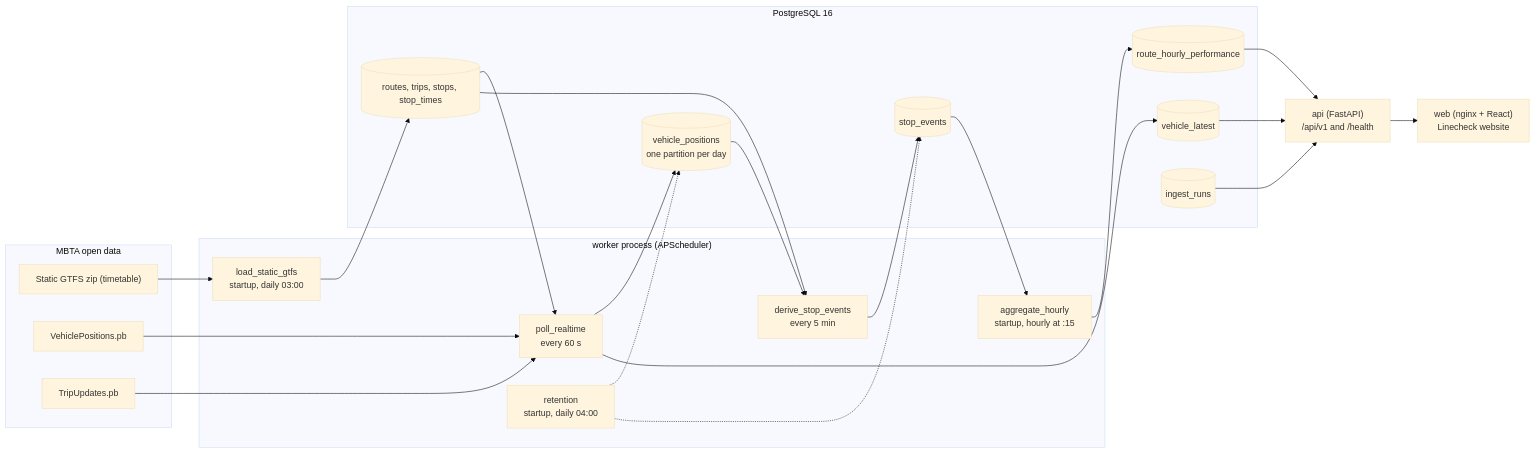
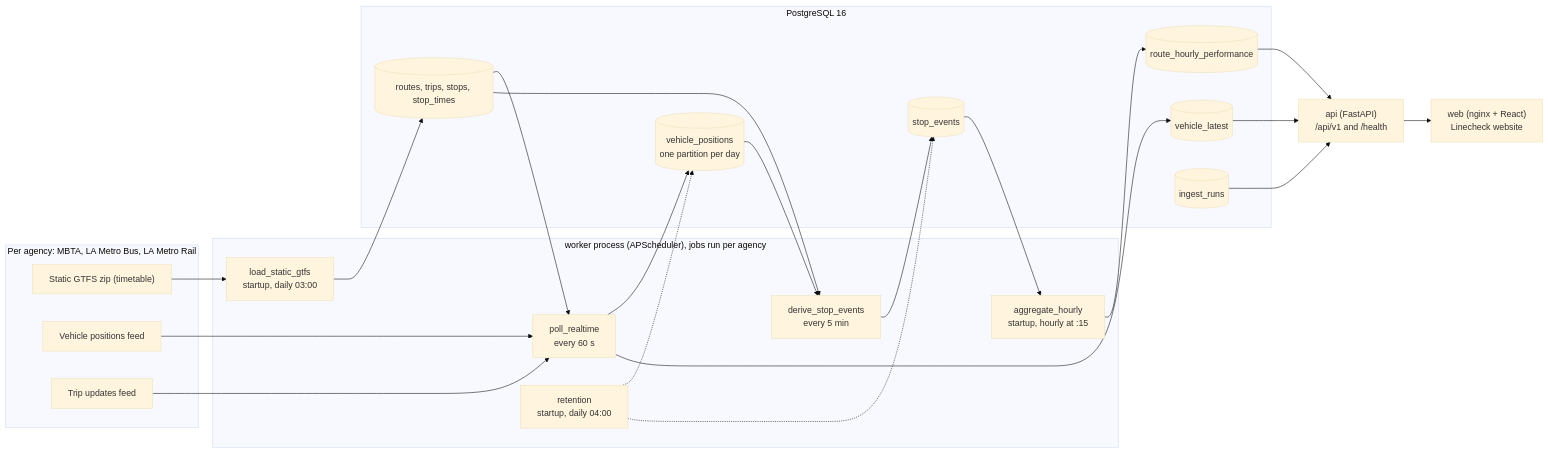
The diagram in README.md (MrCheesePro/urban-transit-monitor), drawn with Mermaid (base theme) before and after one commit. The commit also changed other lines of this file and 77 other files, not shown here.

First line of the commit message:
Add Los Angeles (LA Metro bus and rail) alongside Boston

````diff
--- a/README.md
+++ b/README.md
@@ -35,44 +38,44 @@
 ```mermaid
 flowchart LR
-    subgraph MBTA["MBTA open data"]
+    subgraph SOURCES["Per agency: MBTA, LA Metro Bus, LA Metro Rail"]
         GTFS["Static GTFS zip (timetable)"]
-        VP_FEED["VehiclePositions.pb"]
-        TU_FEED["TripUpdates.pb"]
+        VP_FEED["Vehicle positions feed"]
+        TU_FEED["Trip updates feed"]
     end
 
-    subgraph WORKER["worker process (APScheduler)"]
+    subgraph WORKER["worker process (APScheduler), jobs run per agency"]
         LOAD["load_static_gtfs<br/>startup, daily 03:00"]
         POLL["poll_realtime<br/>every 60 s"]
         DERIVE["derive_stop_events<br/>every 5 min"]
         AGG["aggregate_hourly<br/>startup, hourly at :15"]
         RET["retention<br/>startup, daily 04:00"]
     end
 
     subgraph DB["PostgreSQL 16"]
         STATIC[("routes, trips, stops, stop_times")]
         POSITIONS[("vehicle_positions<br/>one partition per day")]
         LATEST[("vehicle_latest")]
         EVENTS[("stop_events")]
         HOURLY[("route_hourly_performance")]
         RUNS[("ingest_runs")]
     end
 
     API["api (FastAPI)<br/>/api/v1 and /health"]
     WEB["web (nginx + React)<br/>Linecheck website"]
 
     GTFS --> LOAD --> STATIC
     VP_FEED --> POLL
     TU_FEED --> POLL
     STATIC --> POLL
     POLL --> POSITIONS
     POLL --> LATEST
     POSITIONS --> DERIVE
     STATIC --> DERIVE
     DERIVE --> EVENTS --> AGG --> HOURLY
     RET -.-> POSITIONS
     RET -.-> EVENTS
     LATEST --> API
     HOURLY --> API
     RUNS --> API
     API --> WEB
 ```
````
